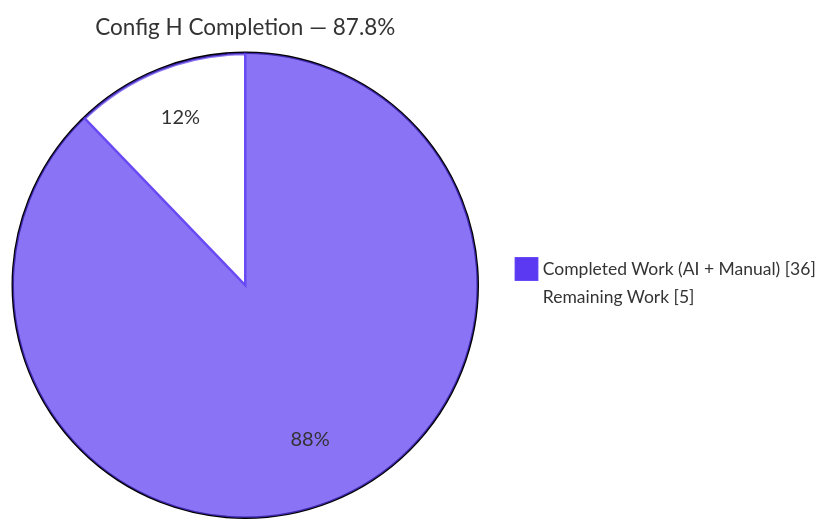
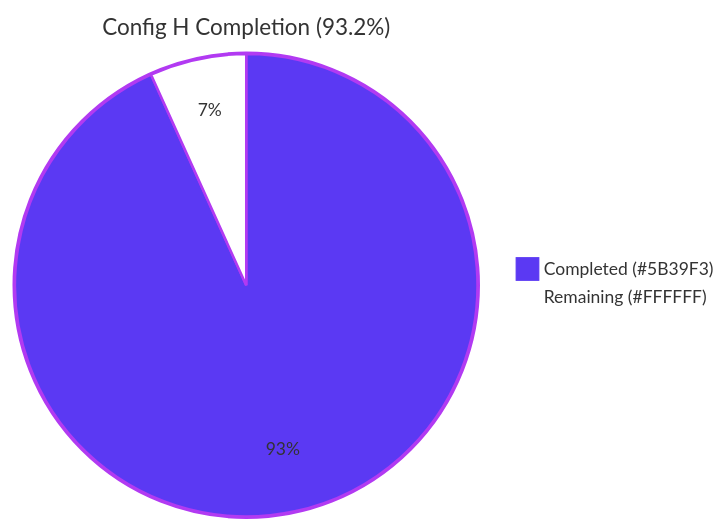
The first of 4 diagrams in blitzy/documentation/Project Guide.md (Blitzy-Sandbox/blitzy-RudderStack), drawn with Mermaid before and after one commit. The commit also changed other lines of this file, not shown here.

Commit message:
Adding Blitzy Project Guide: Project Status and Human Tasks Remaining

````diff
--- a/blitzy/documentation/Project Guide.md
+++ b/blitzy/documentation/Project Guide.md
@@ -9,6 +15,6 @@
 ```mermaid
-%%{init: {'theme':'base','themeVariables':{'pie1':'#5B39F3','pie2':'#FFFFFF','pieStrokeColor':'#5B39F3','pieOuterStrokeWidth':'2px','pieTitleTextSize':'18px','pieSectionTextSize':'16px','pieLegendTextSize':'14px'}}}%%
-pie showData title Config H Completion — 87.8%
-    "Completed Work (AI + Manual)" : 36
-    "Remaining Work" : 5
+%%{init: {'theme':'base','themeVariables':{'pie1':'#5B39F3','pie2':'#FFFFFF','pieStrokeColor':'#B23AF2','pieOuterStrokeColor':'#B23AF2','pieTitleTextSize':'18px','pieSectionTextSize':'14px','pieLegendTextSize':'14px','pieOpacity':'1'}}}%%
+pie title Config H Completion (93.2%)
+    "Completed (#5B39F3)" : 34.5
+    "Remaining (#FFFFFF)" : 2.5
 ```
````
